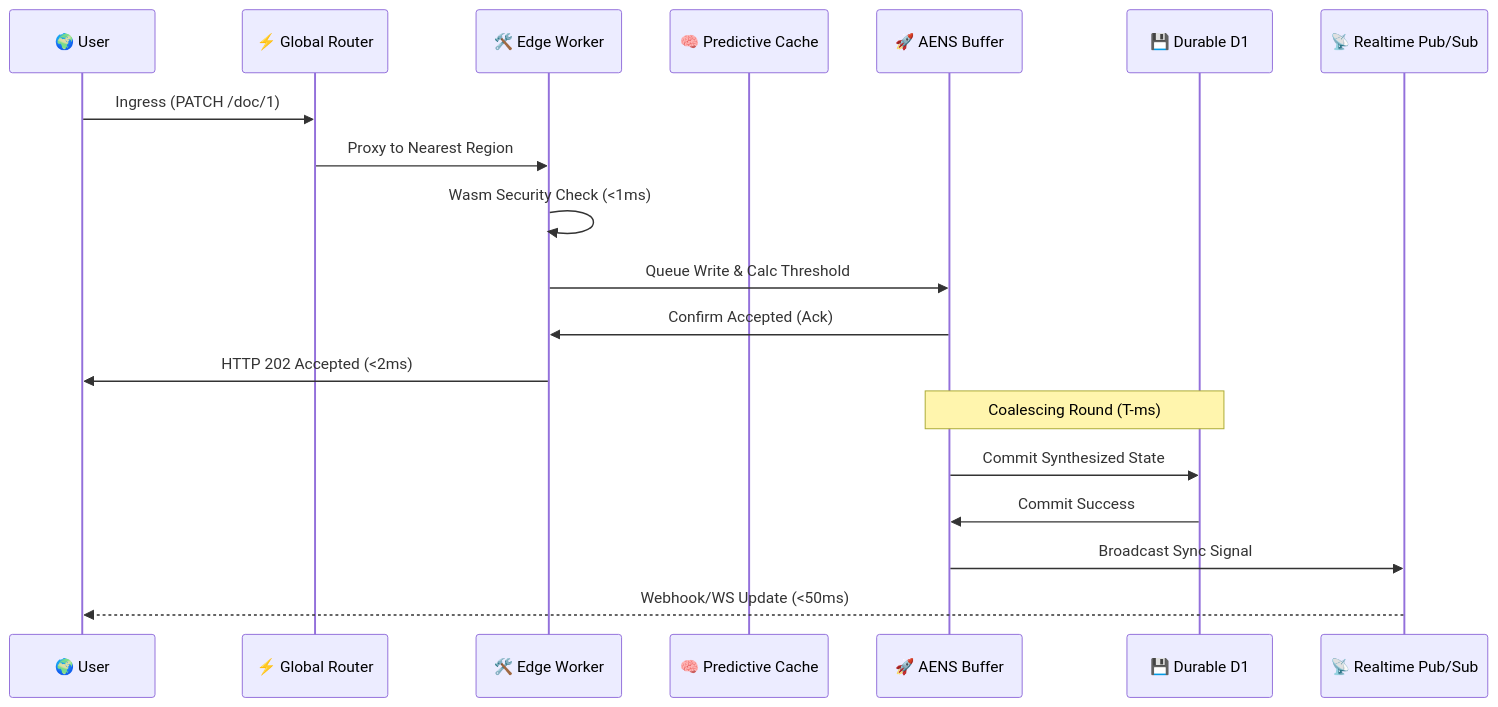
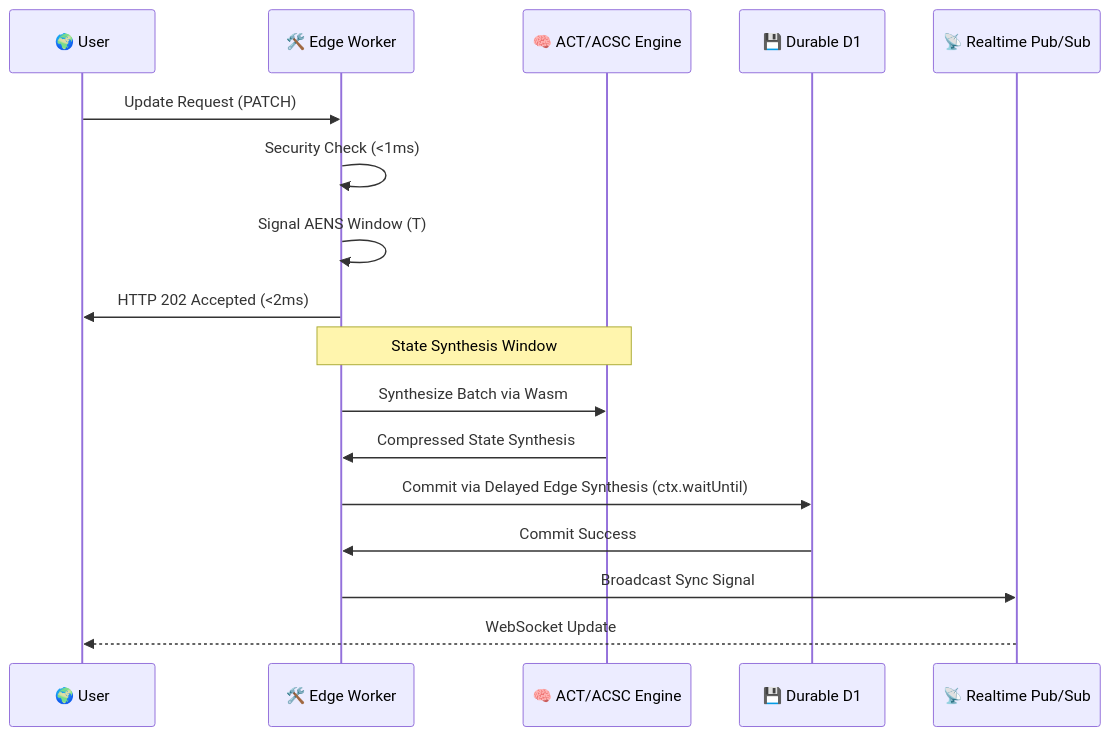
The diagram in docs/ARCHITECTURE_OVERVIEW.md (codeforgebyaravinth-dev/telestack-realtime-db-FYP), drawn with Mermaid before and after one commit. The commit also changed other lines of this file and 73 other files, not shown here.

Commit message:
v9.1 Industrial-Grade Release: AENS v2.0, ACT, ACSC, and 100% Integrity Proofs

````diff
--- a/docs/ARCHITECTURE_OVERVIEW.md
+++ b/docs/ARCHITECTURE_OVERVIEW.md
@@ -35,24 +37,23 @@
 ```mermaid
 sequenceDiagram
     participant U as 🌍 User
-    participant R as ⚡ Global Router
     participant W as 🛠️ Edge Worker
-    participant C as 🧠 Predictive Cache
-    participant A as 🚀 AENS Buffer
+    participant T as 🧠 ACT/ACSC Engine
     participant D as 💾 Durable D1
     participant S as 📡 Realtime Pub/Sub
 
-    U->>R: Ingress (PATCH /doc/1)
-    R->>W: Proxy to Nearest Region
-    W->>W: Wasm Security Check (<1ms)
-    W->>A: Queue Write & Calc Threshold
-    A->>W: Confirm Accepted (Ack)
+    U->>W: Update Request (PATCH)
+    W->>W: Security Check (<1ms)
+    W->>W: Signal AENS Window (T)
     W->>U: HTTP 202 Accepted (<2ms)
     
-    Note over A,D: Coalescing Round (T-ms)
+    Note over W,T: State Synthesis Window
     
-    A->>D: Commit Synthesized State
-    D->>A: Commit Success
-    A->>S: Broadcast Sync Signal
-    S-->>U: Webhook/WS Update (<50ms)
+    W->>T: Synthesize Batch via Wasm
+    T->>W: Compressed State Synthesis
+    
+    W->>D: Commit via Delayed Edge Synthesis (ctx.waitUntil)
+    D->>W: Commit Success
+    W->>S: Broadcast Sync Signal
+    S-->>U: WebSocket Update
 ```
````
